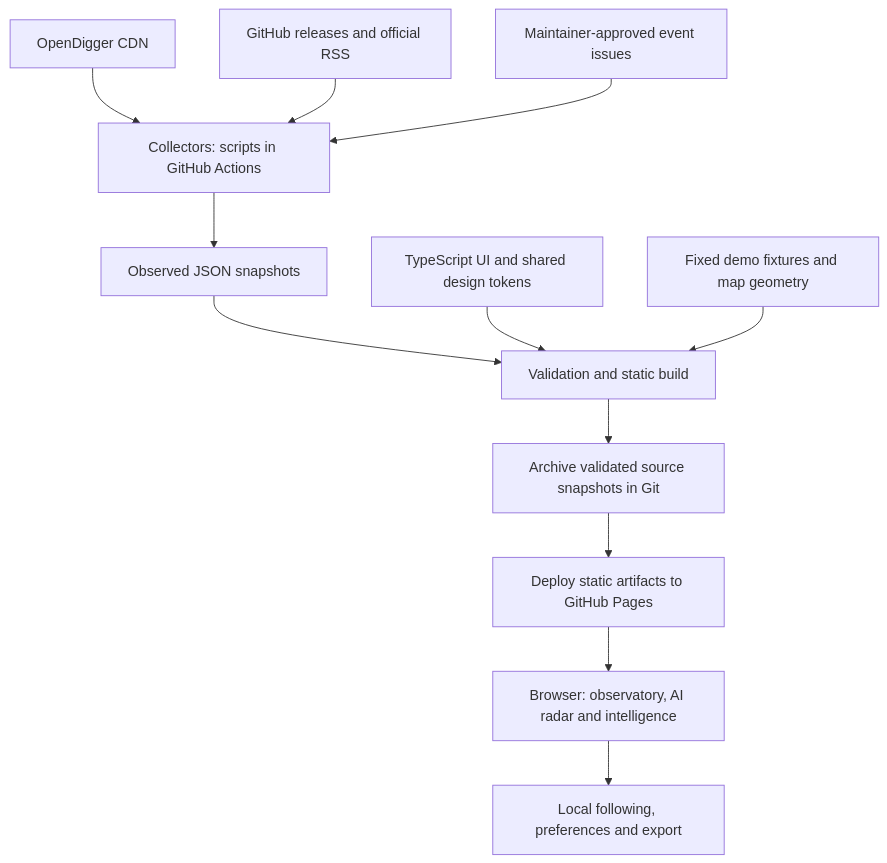
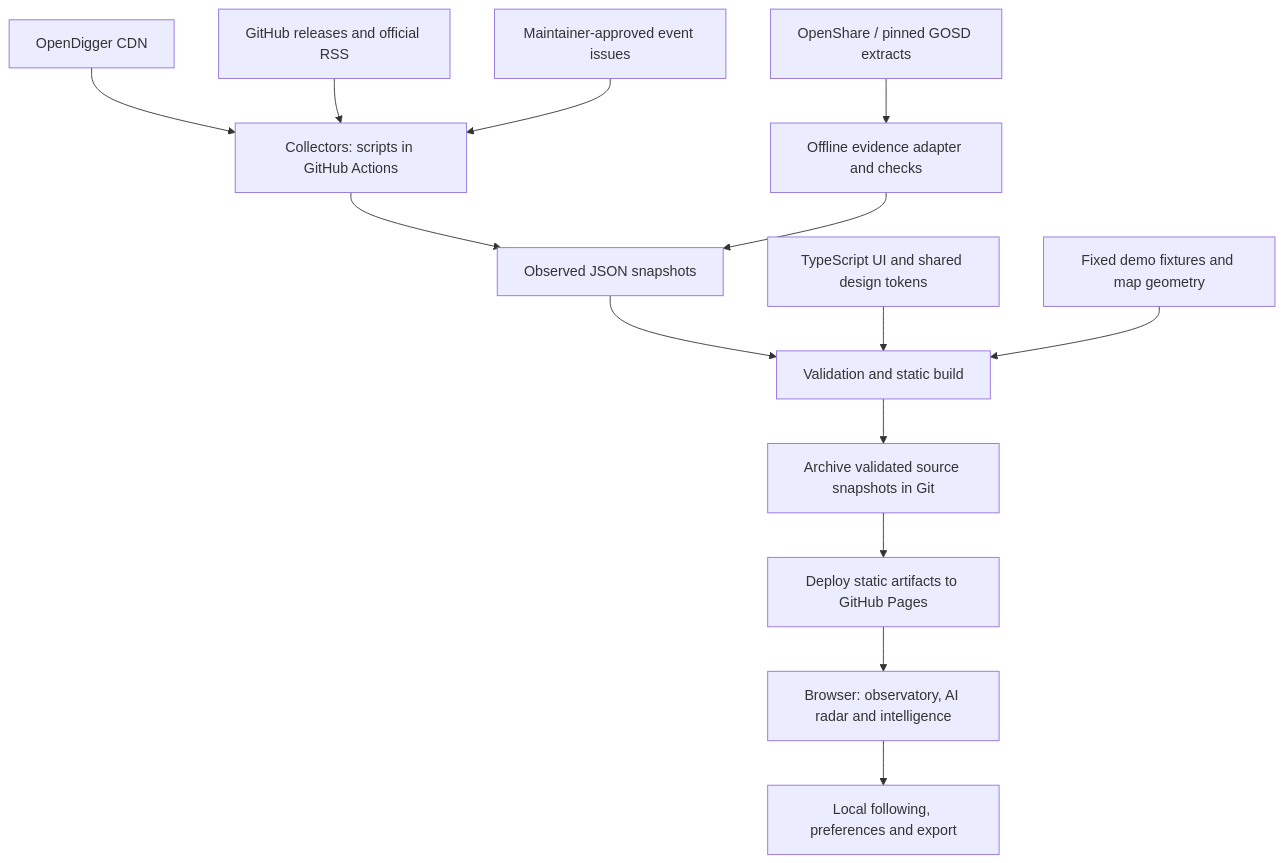
One commit to X-lab2017/open-dipper changed the second of 2 diagrams in README.md. Above: the diagram before and after it, drawn with Mermaid. The commit also changed other lines of this file and 33 other files, not shown here.

First line of the commit message:
feat: add focused OpenShare geography and observed GOSD AI supply

````diff
--- a/README.md
+++ b/README.md
@@ -111,14 +114,16 @@
 ```mermaid
 flowchart TD
   OD["OpenDigger CDN"] --> C["Collectors: scripts in GitHub Actions"]
   FE["GitHub releases and official RSS"] --> C
   ED["Maintainer-approved event issues"] --> C
   C --> S["Observed JSON snapshots"]
+  OS["OpenShare / pinned GOSD extracts"] --> EA["Offline evidence adapter and checks"]
+  EA --> S
   S --> Q["Validation and static build"]
   UI["TypeScript UI and shared design tokens"] --> Q
   FX["Fixed demo fixtures and map geometry"] --> Q
   Q --> A["Archive validated source snapshots in Git"]
   A --> P["Deploy static artifacts to GitHub Pages"]
   P --> B["Browser: observatory, AI radar and intelligence"]
   B --> L["Local following, preferences and export"]
 ```
````
